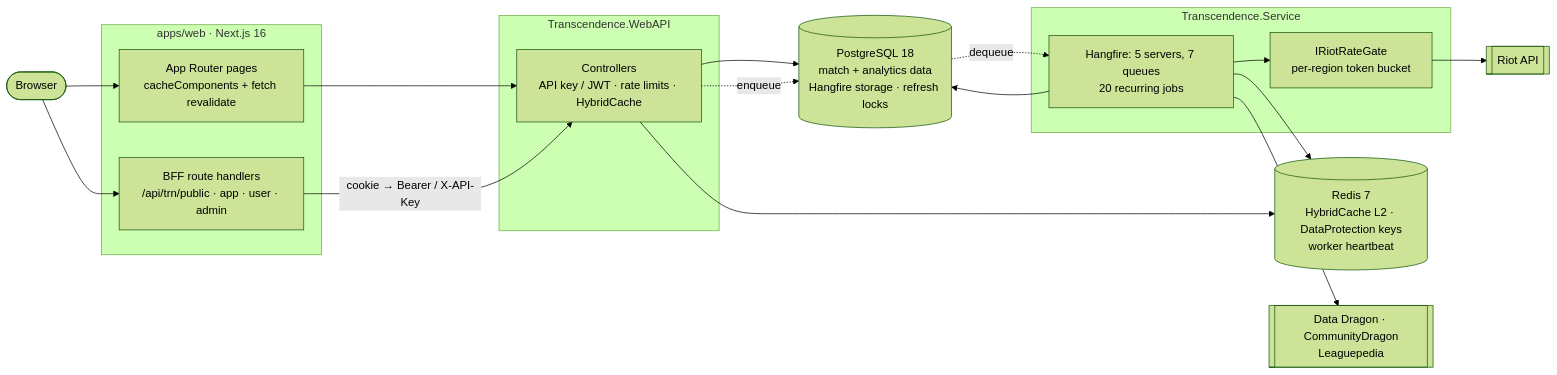
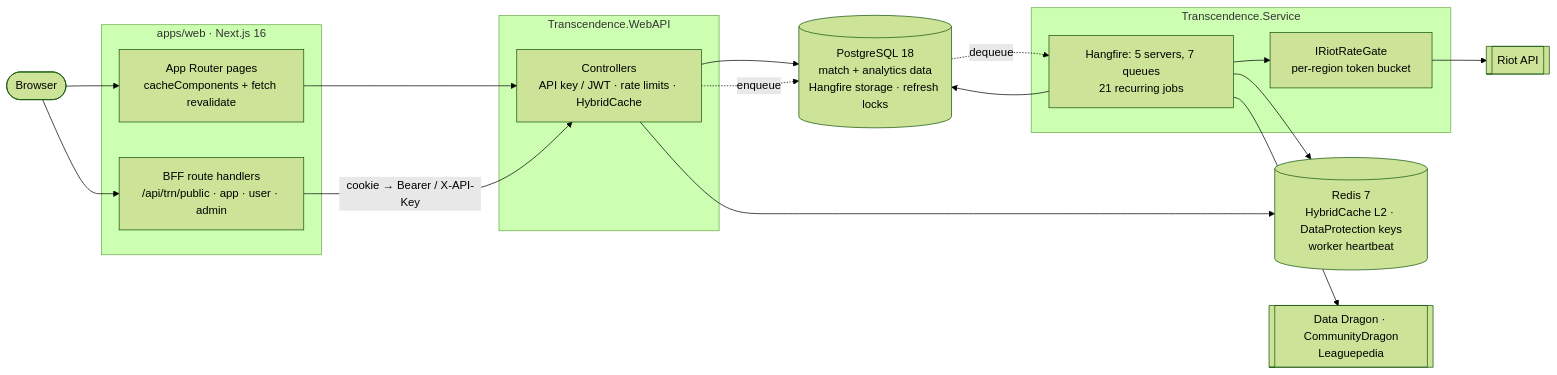
The first of 2 diagrams in README.md (luisgon-dev/Transcendence), drawn with Mermaid (forest theme) before and after one commit. The commit also changed other lines of this file and 37 other files, not shown here.

````diff
--- a/README.md
+++ b/README.md
@@ -54,36 +54,36 @@
 ```mermaid
 flowchart LR
   Browser([Browser])
 
   subgraph web["apps/web · Next.js 16"]
     Pages["App Router pages<br/>cacheComponents + fetch revalidate"]
     BFF["BFF route handlers<br/>/api/trn/public · app · user · admin"]
   end
 
   subgraph api["Transcendence.WebAPI"]
     Ctl["Controllers<br/>API key / JWT · rate limits · HybridCache"]
   end
 
   subgraph worker["Transcendence.Service"]
-    HF["Hangfire: 5 servers, 7 queues<br/>20 recurring jobs"]
+    HF["Hangfire: 5 servers, 7 queues<br/>21 recurring jobs"]
     Gate["IRiotRateGate<br/>per-region token bucket"]
   end
 
   PG[("PostgreSQL 18<br/>match + analytics data<br/>Hangfire storage · refresh locks")]
   Redis[("Redis 7<br/>HybridCache L2 · DataProtection keys<br/>worker heartbeat")]
   Riot[["Riot API"]]
   Ext[["Data Dragon · CommunityDragon<br/>Leaguepedia"]]
 
   Browser --> Pages
   Browser --> BFF
   Pages --> Ctl
   BFF -->|"cookie → Bearer / X-API-Key"| Ctl
   Ctl --> PG
   Ctl --> Redis
   Ctl -.->|enqueue| PG
   PG -.->|dequeue| HF
   HF --> Gate --> Riot
   HF --> Ext
   HF --> PG
   HF --> Redis
 ```
````
